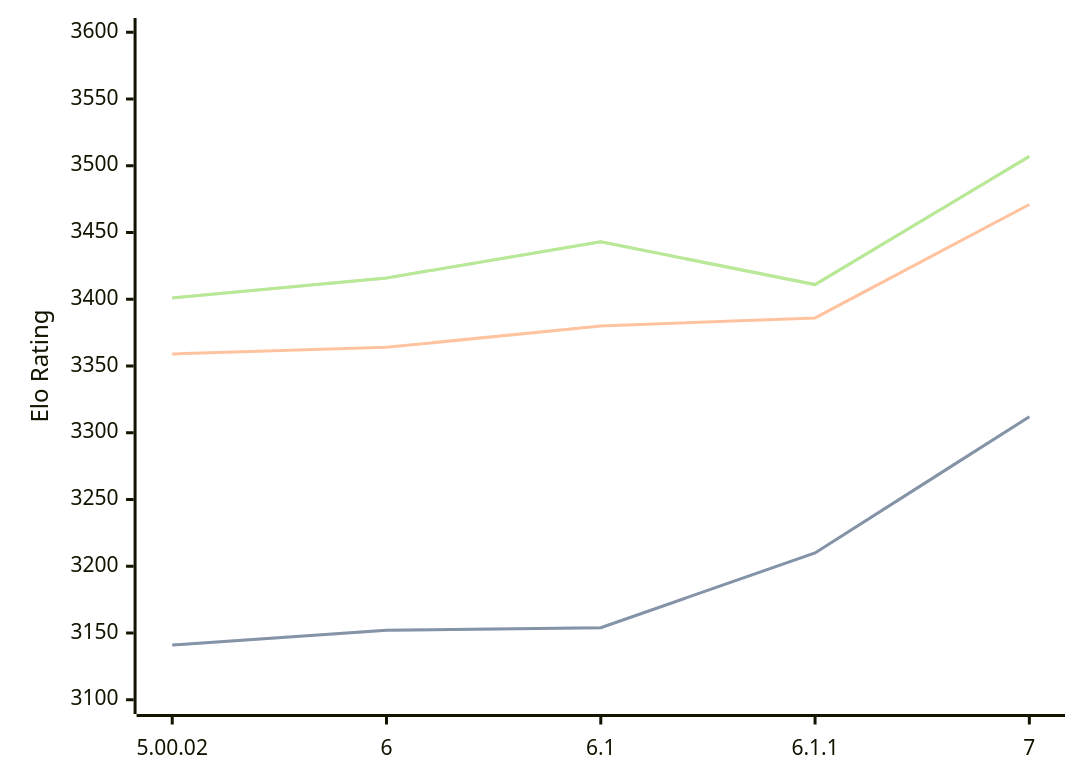
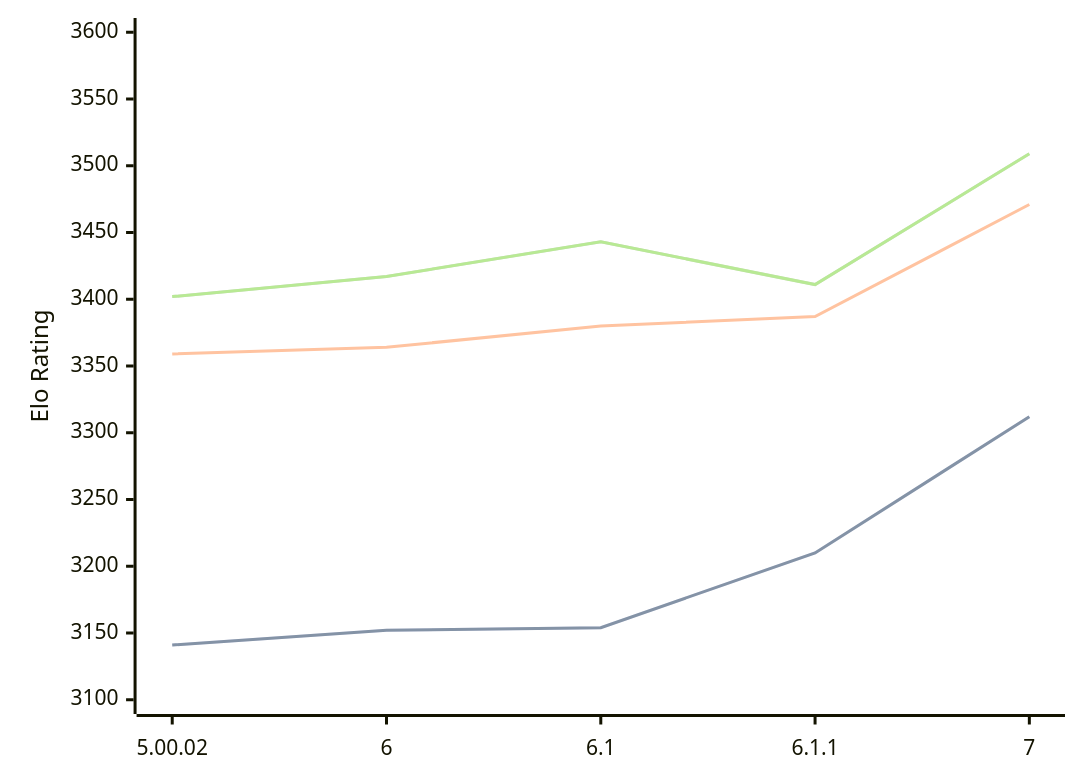
Before and after one commit to computer-chess-index/cci: the diagram in engines/Zangdar.md, drawn with Mermaid. The commit also changed other lines of this file, not shown here.

Commit message:
Update CCI Ratings (ELO VLTC) - 2026-09-27

````diff
--- a/engines/Zangdar.md
+++ b/engines/Zangdar.md
@@ -35,11 +35,11 @@
 ```mermaid
 %%{init: {"theme":"base","themeVariables":{"seriesColors:['#a3a3a3','#222221','#faa371']}}}%%
 xychart-beta
   x-axis ["5.00.02", "6", "6.1", "6.1.1", "7"]
   y-axis "Elo Rating" 3100 --> 3600
   line "" [3141, 3152, 3154, 3210, 3312]
   line "STC (8.0+0.08s)" [3141, 3152, 3154, 3210, 3312]
-  line "LTC (60.0+0.60s)" [3359, 3364, 3380, 3386, 3471]
-  line "" [3401, 3416, 3443, 3411, 3507]
-  line "VLTC (2m24s+1.12s)" [3401, 3416, 3443, 3411, 3507]
+  line "LTC (60.0+0.60s)" [3359, 3364, 3380, 3387, 3471]
+  line "" [3402, 3417, 3443, 3411, 3509]
+  line "VLTC (2m24s+1.12s)" [3402, 3417, 3443, 3411, 3509]
 ```
````
